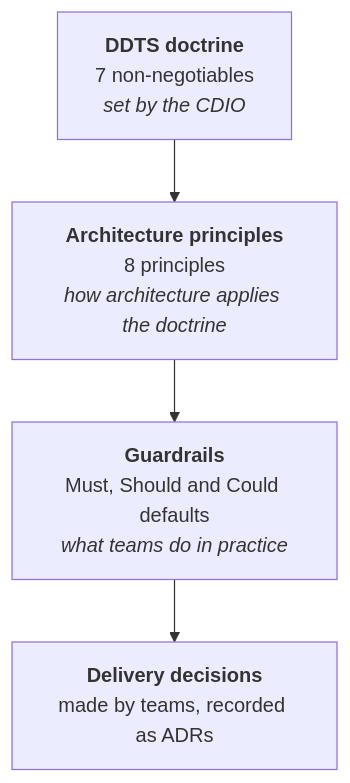
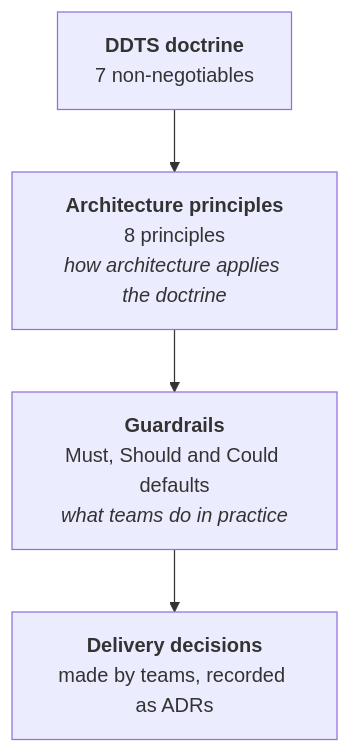
One commit to DEFRA/architecture changed the diagram in docs/principles/index.md. Above: the diagram before and after it, drawn with Mermaid. The commit also changed 26 other files, not shown here.

````diff
--- a/docs/principles/index.md
+++ b/docs/principles/index.md
@@ -5,10 +5,10 @@
 ```mermaid
 flowchart TB
     accTitle: From doctrine to delivery decisions
     accDescr: The DDTS doctrine sets seven non-negotiables. The eight architecture principles apply the doctrine to technology change. The guardrails turn the principles into Must, Should and Could defaults. Delivery teams use the guardrails to decide, escalating only exceptions.
-    D["<b>DDTS doctrine</b><br/>7 non-negotiables<br/><i>set by the CDIO</i>"]
+    D["<b>DDTS doctrine</b><br/>7 non-negotiables<br/><i><!-- registers:doctrine-by --></i>"]
     P["<b>Architecture principles</b><br/>8 principles<br/><i>how architecture applies the doctrine</i>"]
     G["<b>Guardrails</b><br/>Must, Should and Could defaults<br/><i>what teams do in practice</i>"]
     T["<b>Delivery decisions</b><br/>made by teams, recorded as ADRs"]
     D --> P --> G --> T
 ```
````
